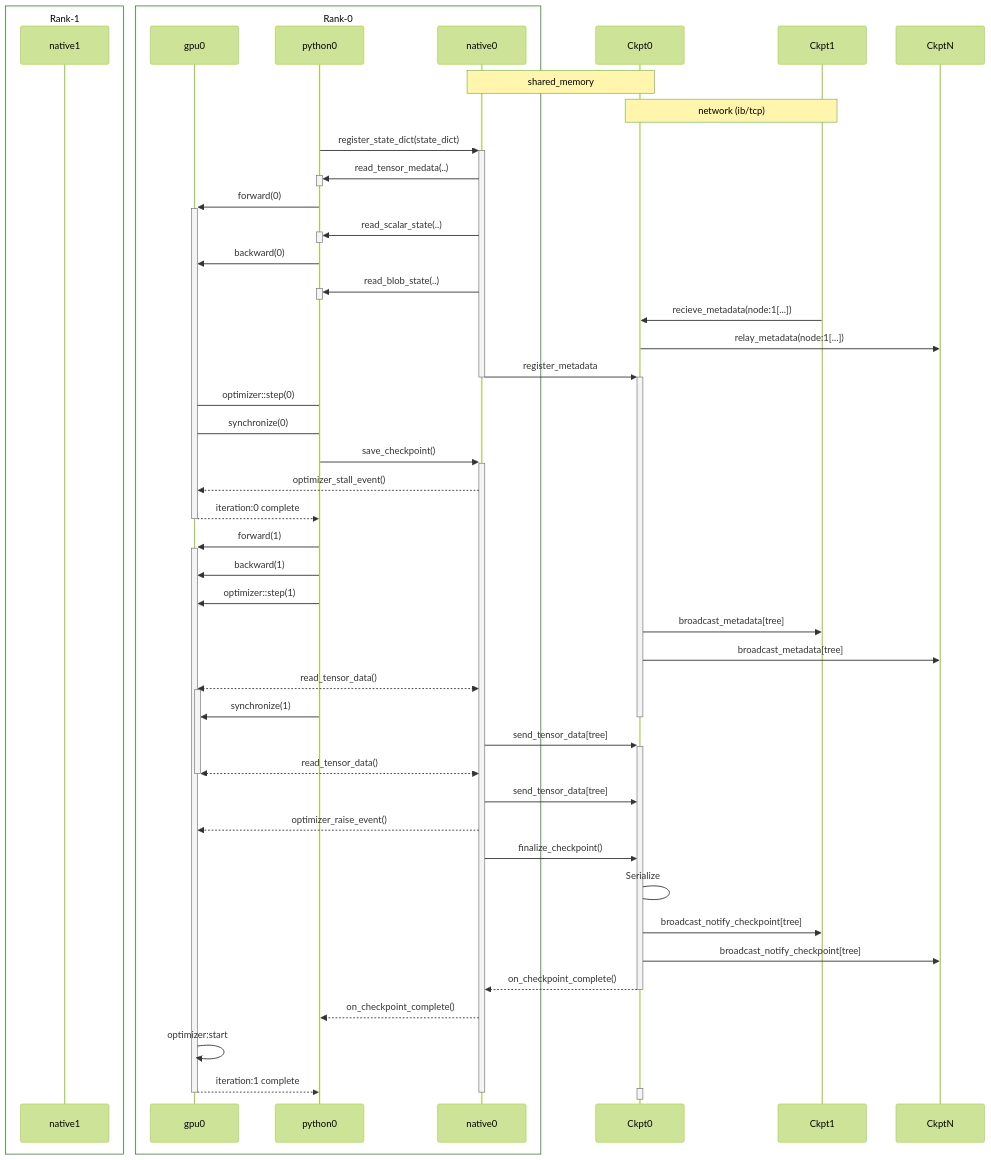
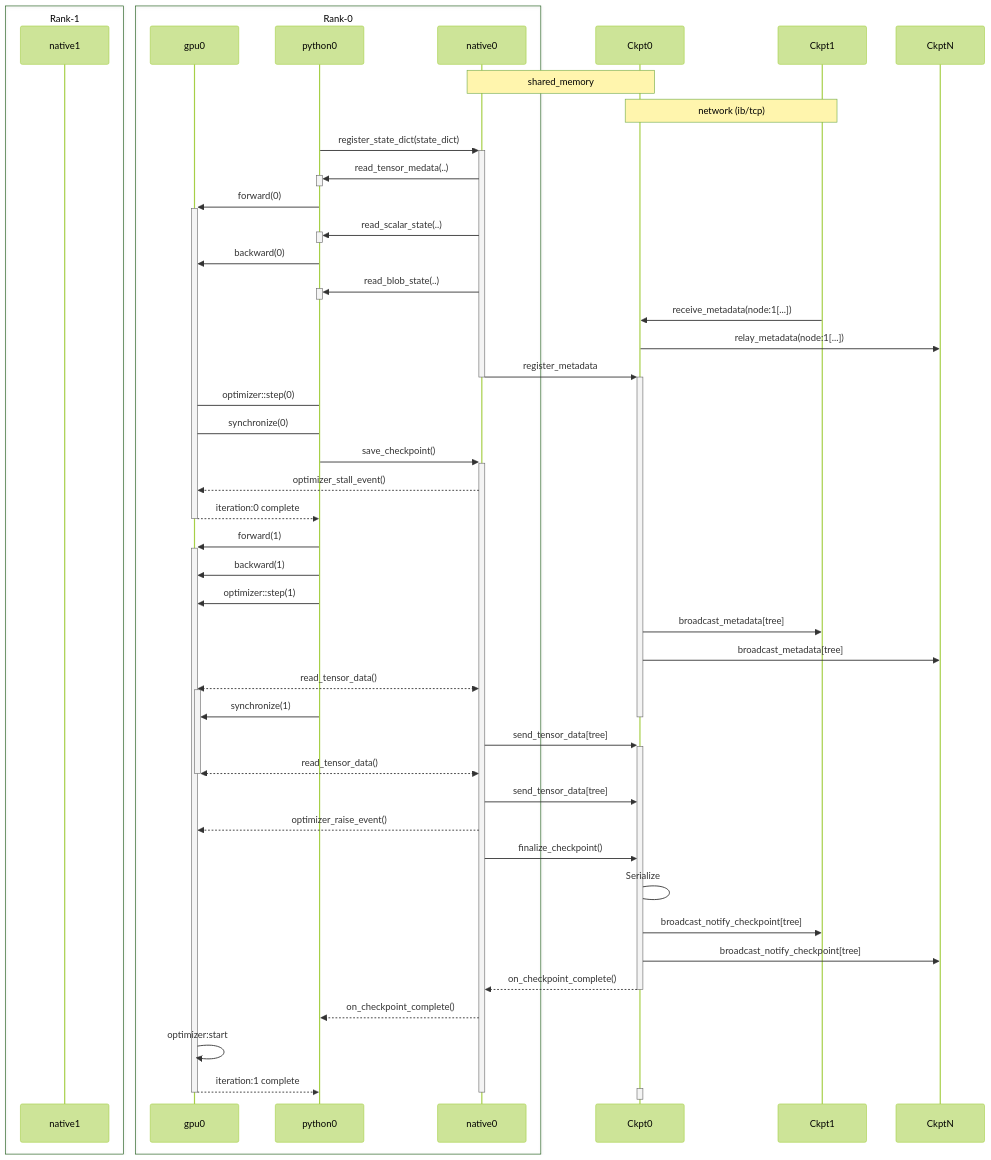
One commit to ankurv-nvidia/nvrx_checkpointing changed the first of 2 diagrams in docs/Design.md. Above: the diagram before and after it, drawn with Mermaid (forest theme). The commit also changed other lines of this file and 59 other files, not shown here.

````diff
--- a/docs/Design.md
+++ b/docs/Design.md
@@ -198,68 +204,68 @@
 ```mermaid
 sequenceDiagram
 
 box Rank-1
 participant native1
 end
 box Rank-0
     participant gpu0
     participant python0
     participant native0
 end
 participant Ckpt0
 Note over native0,Ckpt0: shared_memory
 Note over Ckpt0,Ckpt1: network (ib/tcp)
 
 participant Ckpt1
 participant CkptN
 
 python0->>+native0: register_state_dict(state_dict)
 native0->>+python0: read_tensor_medata(..)
 deactivate python0
 python0->>+gpu0: forward(0)
 native0->>+python0: read_scalar_state(..)
 deactivate python0
 python0->>gpu0: backward(0)
 native0->>+python0: read_blob_state(..)
 deactivate python0
-Ckpt1->>Ckpt0: recieve_metadata(node:1[...])
+Ckpt1->>Ckpt0: receive_metadata(node:1[...])
 Ckpt0->>CkptN: relay_metadata(node:1[...])
 
 native0->>+Ckpt0: register_metadata
 deactivate native0
 python0->gpu0: optimizer::step(0)
 python0->gpu0: synchronize(0)
 python0->>+native0: save_checkpoint()
 native0-->>gpu0: optimizer_stall_event()
 
 gpu0-->>-python0: iteration:0 complete
 python0->>+gpu0: forward(1)
 python0->>gpu0: backward(1)
 python0->>gpu0: optimizer::step(1)
 
 Ckpt0->>Ckpt1: broadcast_metadata[tree]
 Ckpt0->>CkptN: broadcast_metadata[tree]
 
 native0<<-->>+gpu0: read_tensor_data()
 python0->>gpu0: synchronize(1)
 deactivate Ckpt0
 native0->>+Ckpt0: send_tensor_data[tree]
 native0<<-->>gpu0: read_tensor_data()
 deactivate gpu0
 native0->>Ckpt0: send_tensor_data[tree]
 native0-->>gpu0: optimizer_raise_event()
 native0->>Ckpt0: finalize_checkpoint()
 Ckpt0->Ckpt0: Serialize
 Ckpt0->>Ckpt1: broadcast_notify_checkpoint[tree]
 Ckpt0->>CkptN: broadcast_notify_checkpoint[tree]
 Ckpt0-->>-native0: on_checkpoint_complete()
 native0-->>python0: on_checkpoint_complete()
 
 gpu0->>gpu0: optimizer:start
 gpu0-->>-python0: iteration:1 complete
 
 deactivate native0
 activate Ckpt0
 deactivate Ckpt0
 
 ```
````
